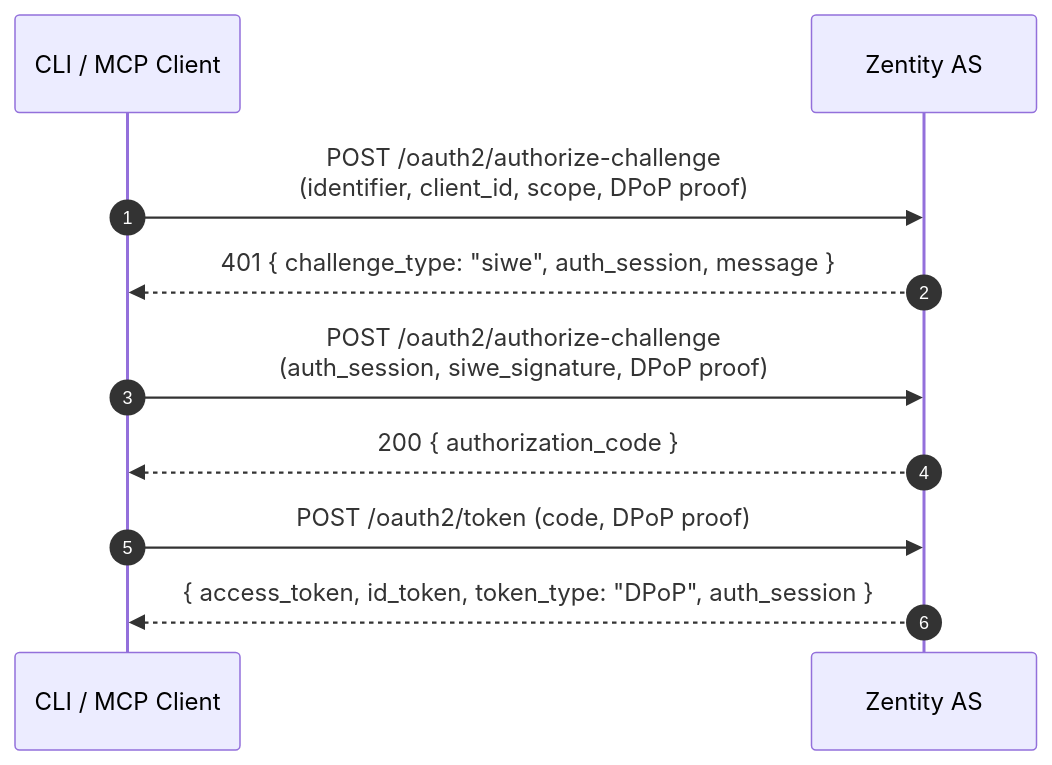
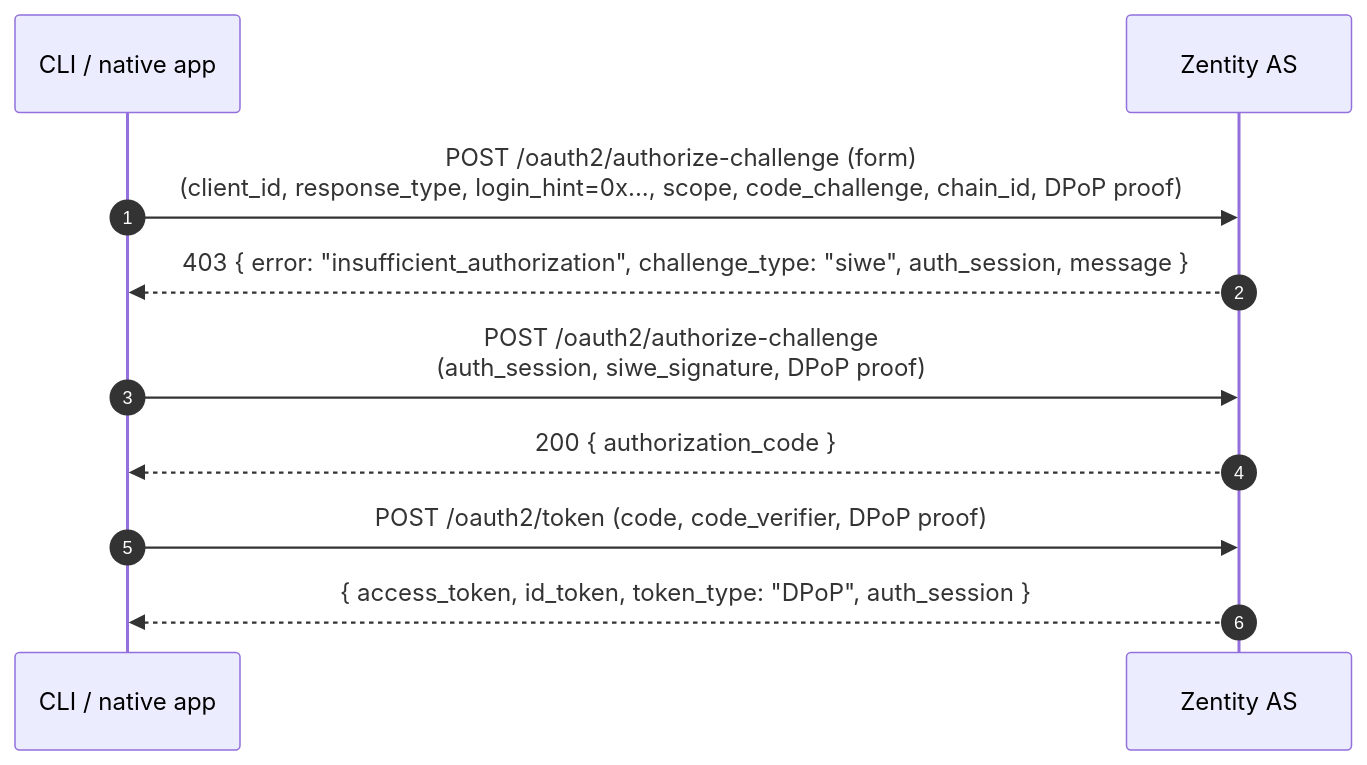
Before and after one commit to gustavovalverde/zentity: the third of 5 diagrams in docs/(protocols)/oauth-integrations.md, drawn with Mermaid. The commit also changed other lines of this file and 19 other files, not shown here.

````diff
--- a/docs/(protocols)/oauth-integrations.md
+++ b/docs/(protocols)/oauth-integrations.md
@@ -141,15 +148,15 @@
 ```mermaid
 sequenceDiagram
   autonumber
-  participant Client as CLI / MCP Client
+  participant Client as CLI / native app
   participant AS as Zentity AS
 
-  Client->>AS: POST /oauth2/authorize-challenge<br/>(identifier, client_id, scope, DPoP proof)
-  AS-->>Client: 401 { challenge_type: "siwe", auth_session, message }
+  Client->>AS: POST /oauth2/authorize-challenge (form)<br/>(client_id, response_type, login_hint=0x..., scope, code_challenge, chain_id, DPoP proof)
+  AS-->>Client: 403 { error: "insufficient_authorization", challenge_type: "siwe", auth_session, message }
 
   Client->>AS: POST /oauth2/authorize-challenge<br/>(auth_session, siwe_signature, DPoP proof)
   AS-->>Client: 200 { authorization_code }
 
-  Client->>AS: POST /oauth2/token (code, DPoP proof)
+  Client->>AS: POST /oauth2/token (code, code_verifier, DPoP proof)
   AS-->>Client: { access_token, id_token, token_type: "DPoP", auth_session }
 ```
````
